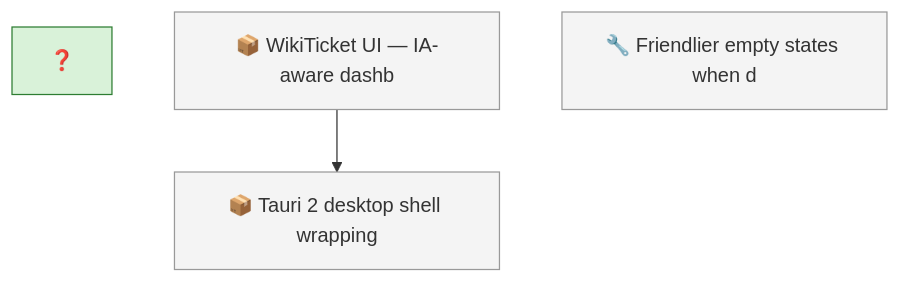
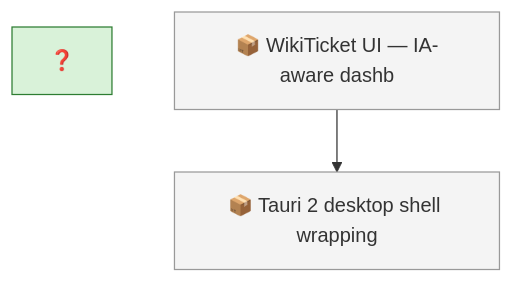
Before and after one commit to SpillwaveSolutions/wiki_ticket_sdd_ui: the first of 2 diagrams in docs/roadmap.md, drawn with Mermaid. The commit also changed other lines of this file and 10 other files, not shown here.

First line of the commit message:
feat(web): friendly empty states when docs/.index is absent (#11)

````diff
--- a/docs/roadmap.md
+++ b/docs/roadmap.md
@@ -53,12 +47,11 @@
 ```mermaid
 graph TD
     01KY5ZZX["❓ "]
     01KY5ZZX8YXD5YDJKQGJ3VCCHN["📦 WikiTicket UI — IA-aware dashb"]
     01KY5ZZX8Z46K7BCSPPFKN23JZ["📦 Tauri 2 desktop shell wrapping"]
-    01KY67KXG4E4D2P1FJ6JPKTYX3["🔧 Friendlier empty states when d"]
     01KY5ZZX8YXD5YDJKQGJ3VCCHN --> 01KY5ZZX8Z46K7BCSPPFKN23JZ
     classDef todo fill:#f4f4f4,stroke:#999999
-    class 01KY5ZZX8YXD5YDJKQGJ3VCCHN,01KY5ZZX8Z46K7BCSPPFKN23JZ,01KY67KXG4E4D2P1FJ6JPKTYX3 todo
+    class 01KY5ZZX8YXD5YDJKQGJ3VCCHN,01KY5ZZX8Z46K7BCSPPFKN23JZ todo
     classDef in_progress fill:#d9f2d9,stroke:#2e7d32
     class 01KY5ZZX in_progress
 ```
````
